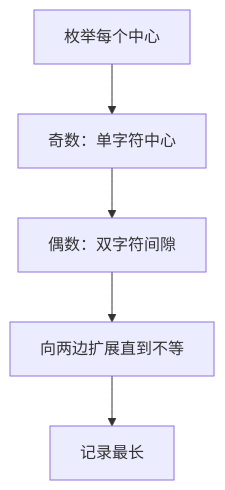
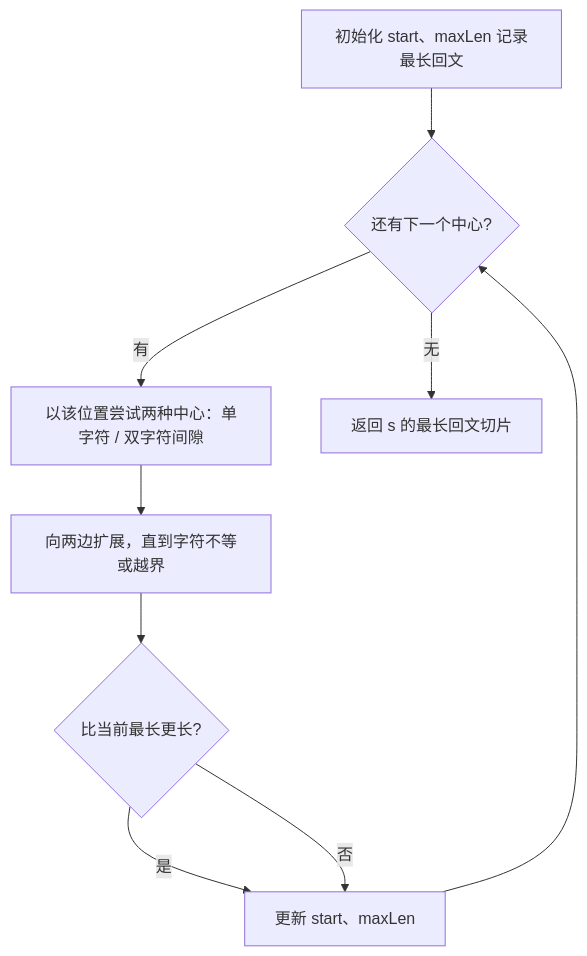
Before and after one commit to OctalZero/hot100-py: the first of 2 diagrams in 17-多维动态规划/0005-最长回文子串.md, drawn with Mermaid. The commit also changed other lines of this file and 117 other files, not shown here.

First line of the commit message:
feat: 全题解配图升级为「动画式 mermaid」（总览骨架 + 横向时间线逐步推演）

````diff
--- a/17-多维动态规划/0005-最长回文子串.md
+++ b/17-多维动态规划/0005-最长回文子串.md
@@ -18,7 +18,11 @@
 ```mermaid
 flowchart TD
-    A["枚举每个中心"] --> B["奇数：单字符中心"]
-    B --> C["偶数：双字符间隙"]
-    C --> D["向两边扩展直到不等"]
-    D --> E["记录最长"]
+    A["初始化 start、maxLen 记录最长回文"] --> B{"还有下一个中心?"}
+    B -->|"有"| C["以该位置尝试两种中心：单字符 / 双字符间隙"]
+    C --> D["向两边扩展，直到字符不等或越界"]
+    D --> E{"比当前最长更长?"}
+    E -->|"是"| F["更新 start、maxLen"]
+    E -->|"否"| F
+    F --> B
+    B -->|"无"| G["返回 s 的最长回文切片"]
 ```
````
